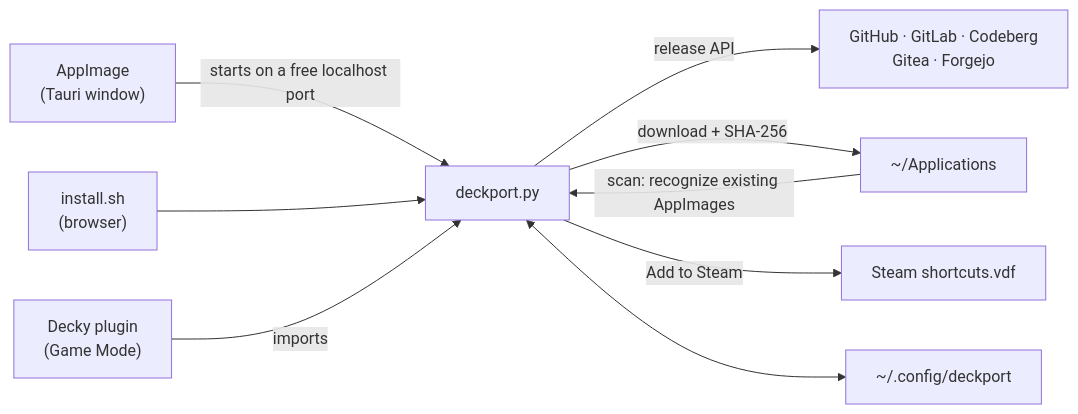
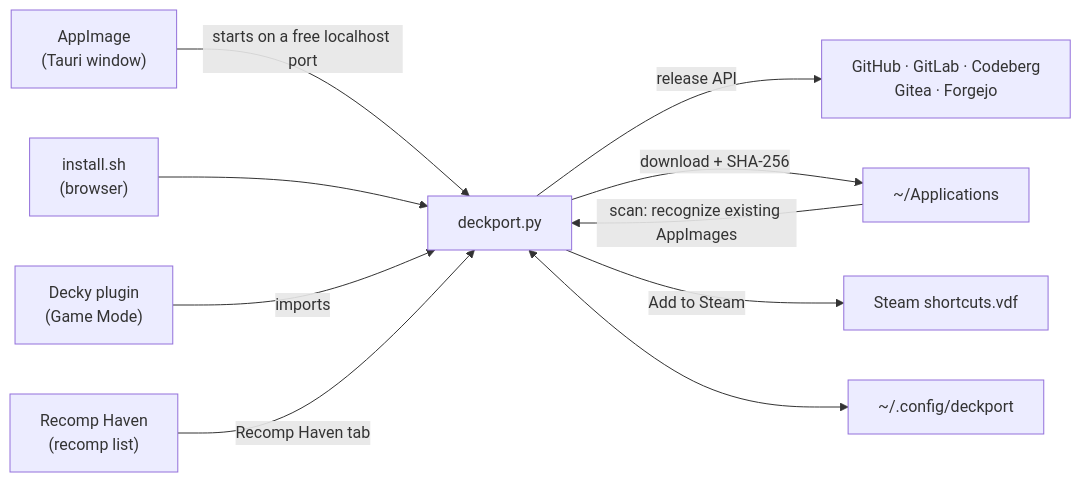
Before and after one commit to intermission88/SedotDeck: the diagram in README.md, drawn with Mermaid. The commit also changed other lines of this file, not shown here.

First line of the commit message:
README: Recomp Haven tab, folder ports, release options, categories

````diff
--- a/README.md
+++ b/README.md
@@ -253,11 +287,12 @@
 ```mermaid
 flowchart LR
   A["AppImage<br/>(Tauri window)"] -- "starts on a free localhost port" --> P["deckport.py"]
   S["install.sh<br/>(browser)"] --> P
   D["Decky plugin<br/>(Game Mode)"] -- "imports" --> P
   P -- "release API" --> F["GitHub · GitLab · Codeberg<br/>Gitea · Forgejo"]
   P -- "download + SHA-256" --> L["~/Applications"]
   L -- "scan: recognize existing AppImages" --> P
   P -- "Add to Steam" --> V["Steam shortcuts.vdf"]
+  R["Recomp Haven<br/>(recomp list)"] -- "Recomp Haven tab" --> P
   P <--> C["~/.config/deckport"]
 ```
````
